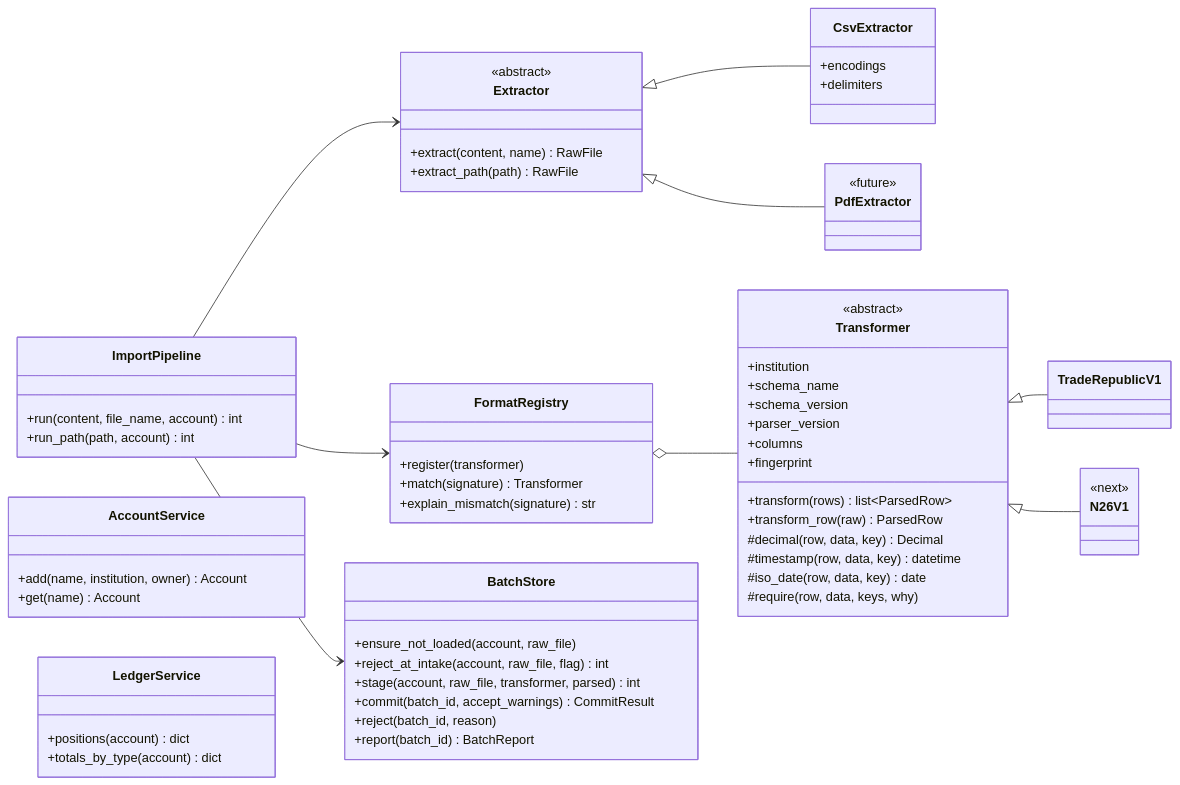
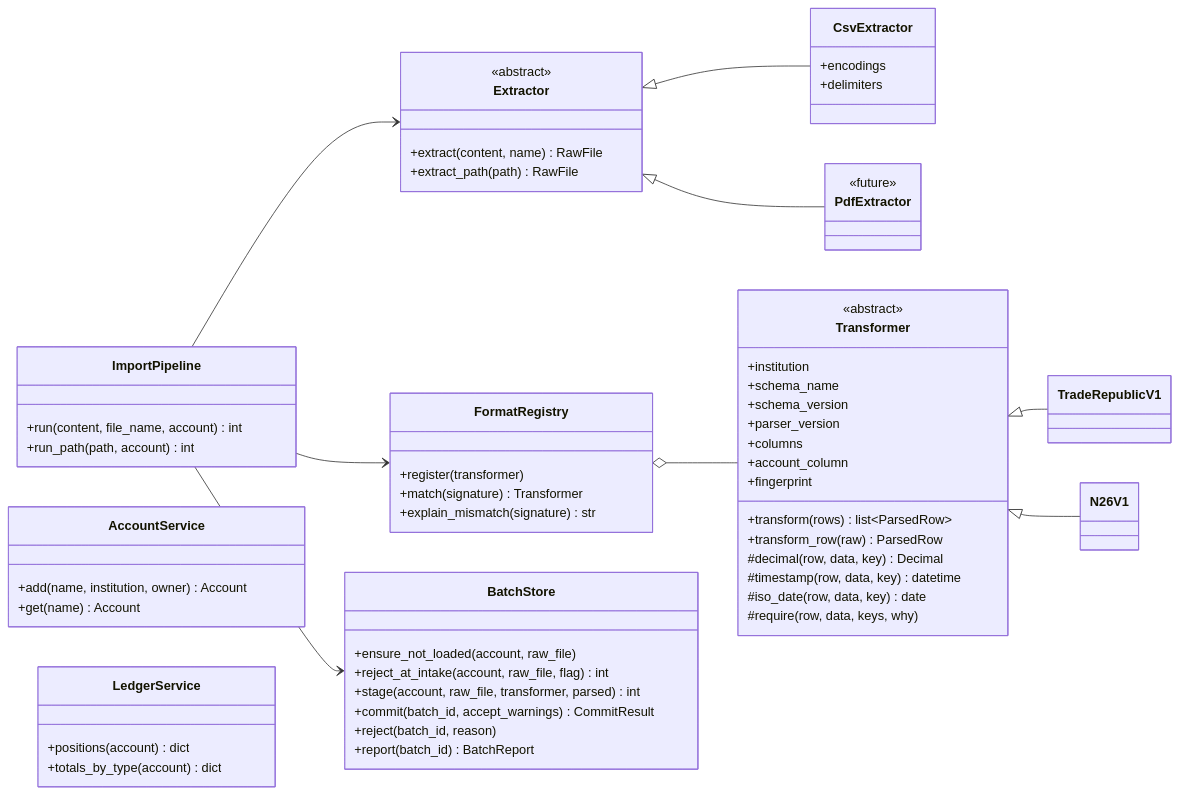
One commit to jui-hung-yuan/our-pocket changed the third of 4 diagrams in docs/architecture.md. Above: the diagram before and after it, drawn with Mermaid. The commit also changed other lines of this file and 28 other files, not shown here.

````diff
--- a/docs/architecture.md
+++ b/docs/architecture.md
@@ -101,74 +101,73 @@
 ```mermaid
 classDiagram
     direction LR
 
     class Extractor {
         <<abstract>>
         +extract(content, name) RawFile
         +extract_path(path) RawFile
     }
     class CsvExtractor {
         +encodings
         +delimiters
     }
     class PdfExtractor {
         <<future>>
     }
     Extractor <|-- CsvExtractor
     Extractor <|-- PdfExtractor
 
     class Transformer {
         <<abstract>>
         +institution
         +schema_name
         +schema_version
         +parser_version
         +columns
+        +account_column
         +fingerprint
         +transform(rows) list~ParsedRow~
         +transform_row(raw) ParsedRow
         #decimal(row, data, key) Decimal
         #timestamp(row, data, key) datetime
         #iso_date(row, data, key) date
         #require(row, data, keys, why)
     }
     class TradeRepublicV1
-    class N26V1 {
-        <<next>>
-    }
+    class N26V1
     Transformer <|-- TradeRepublicV1
     Transformer <|-- N26V1
 
     class FormatRegistry {
         +register(transformer)
         +match(signature) Transformer
         +explain_mismatch(signature) str
     }
     FormatRegistry o-- Transformer
 
     class BatchStore {
         +ensure_not_loaded(account, raw_file)
         +reject_at_intake(account, raw_file, flag) int
         +stage(account, raw_file, transformer, parsed) int
         +commit(batch_id, accept_warnings) CommitResult
         +reject(batch_id, reason)
         +report(batch_id) BatchReport
     }
 
     class ImportPipeline {
         +run(content, file_name, account) int
         +run_path(path, account) int
     }
     ImportPipeline --> Extractor
     ImportPipeline --> FormatRegistry
     ImportPipeline --> BatchStore
 
     class AccountService {
         +add(name, institution, owner) Account
         +get(name) Account
     }
     class LedgerService {
         +positions(account) dict
         +totals_by_type(account) dict
     }
 ```
````
